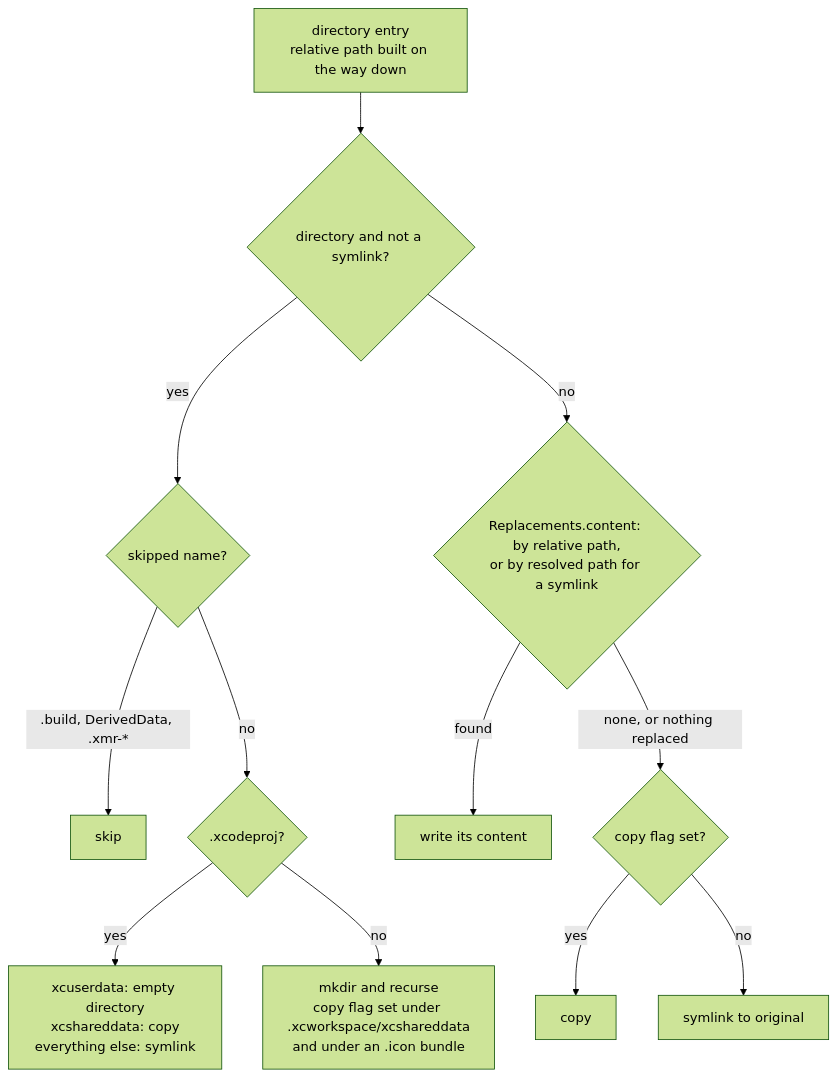
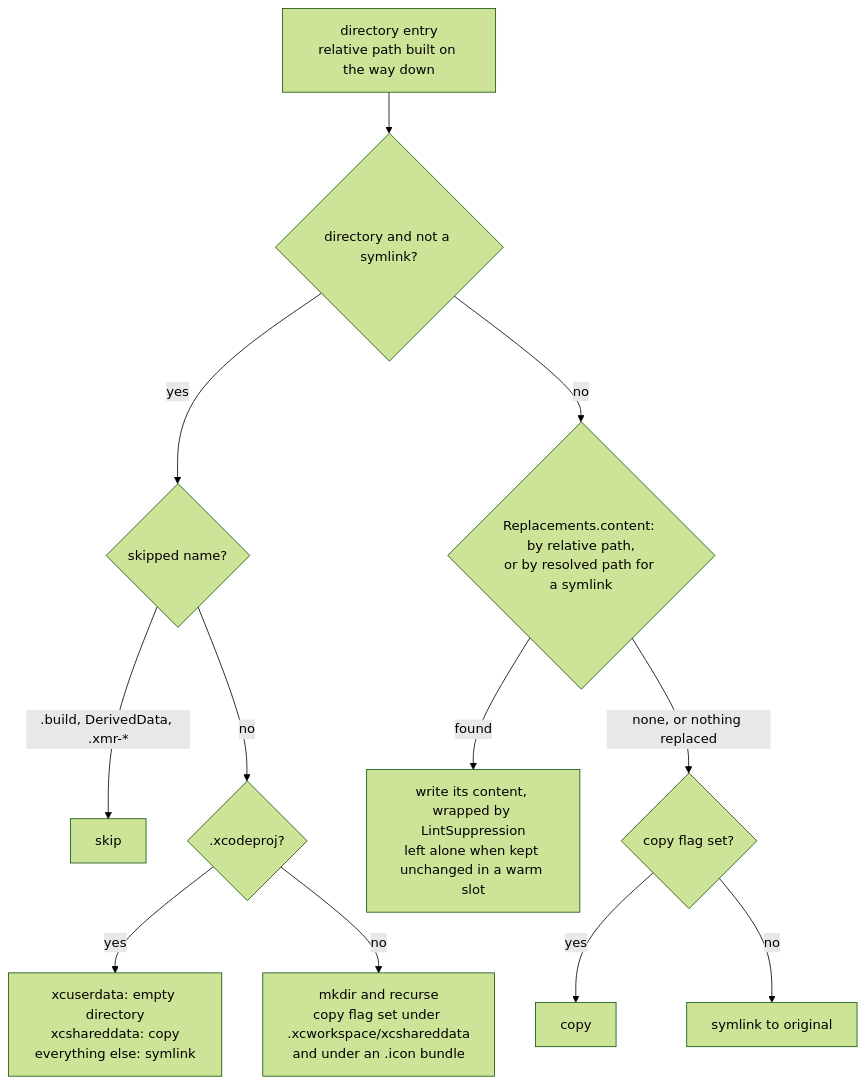
Before and after one commit to ericodx/swift-mutation-testing: the first of 2 diagrams in Docs/CodeBase/06-sandbox-build.md, drawn with Mermaid (forest theme). The commit also changed other lines of this file and 11 other files, not shown here.

Commit message:
docs: check the codebase reference against the code: signatures, the type index, the value-flow diagram and the coverage figures

````diff
--- a/Docs/CodeBase/06-sandbox-build.md
+++ b/Docs/CodeBase/06-sandbox-build.md
@@ -55,14 +55,14 @@
 ```mermaid
 flowchart TD
     ITEM["directory entry<br>relative path built on the way down"] --> KIND{"directory and not a symlink?"}
     KIND -- yes --> SKIP{"skipped name?"}
     SKIP -- ".build, DerivedData, .xmr-*" --> DROP["skip"]
     SKIP -- no --> XCODEPROJ{".xcodeproj?"}
     XCODEPROJ -- yes --> PROJ["xcuserdata: empty directory<br>xcshareddata: copy<br>everything else: symlink"]
     XCODEPROJ -- no --> RECURSE["mkdir and recurse<br>copy flag set under .xcworkspace/xcshareddata<br>and under an .icon bundle"]
     KIND -- no --> REPLACED{"Replacements.content: by relative path,<br>or by resolved path for a symlink"}
-    REPLACED -- found --> WRITE["write its content"]
+    REPLACED -- found --> WRITE["write its content, wrapped by LintSuppression<br>left alone when kept unchanged in a warm slot"]
     REPLACED -- "none, or nothing replaced" --> SHARED{"copy flag set?"}
     SHARED -- yes --> COPY["copy"]
     SHARED -- no --> SYMLINK["symlink to original"]
 ```
````
